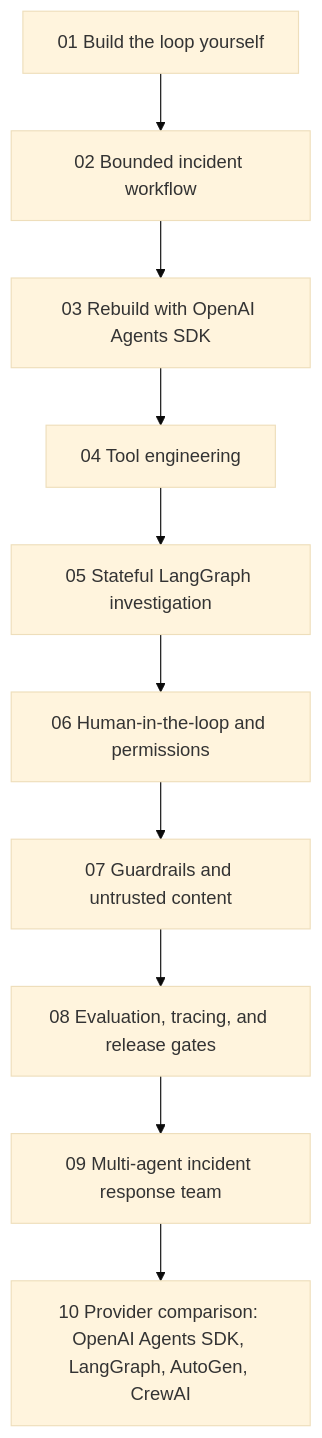
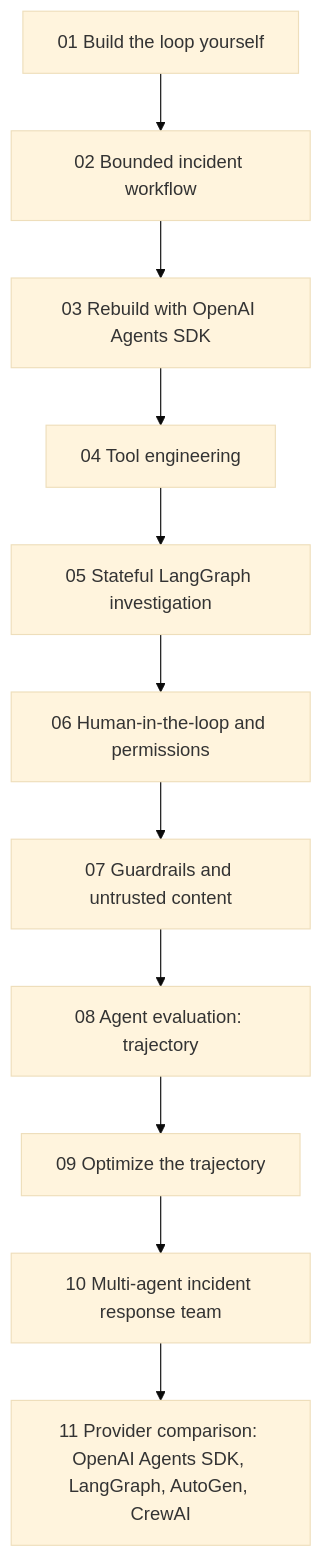
One commit to mahsa-teimourikia/awesome-ai-agents changed the diagram in docs/agentops-lab.md. Above: the diagram before and after it, drawn with Mermaid (base theme). The commit also changed other lines of this file and 9 other files, not shown here.

Commit message:
Add AgentOps evaluation optimization notebooks

````diff
--- a/docs/agentops-lab.md
+++ b/docs/agentops-lab.md
@@ -36,12 +38,13 @@
 ```mermaid
 flowchart TD
     N1["01 Build the loop yourself"] --> N2["02 Bounded incident workflow"]
     N2 --> N3["03 Rebuild with OpenAI Agents SDK"]
     N3 --> N4["04 Tool engineering"]
     N4 --> N5["05 Stateful LangGraph investigation"]
     N5 --> N6["06 Human-in-the-loop and permissions"]
     N6 --> N7["07 Guardrails and untrusted content"]
-    N7 --> N8["08 Evaluation, tracing, and release gates"]
-    N8 --> N9["09 Multi-agent incident response team"]
-    N9 --> N10["10 Provider comparison: OpenAI Agents SDK, LangGraph, AutoGen, CrewAI"]
+    N7 --> N8["08 Agent evaluation: trajectory"]
+    N8 --> N9["09 Optimize the trajectory"]
+    N9 --> N10["10 Multi-agent incident response team"]
+    N10 --> N11["11 Provider comparison: OpenAI Agents SDK, LangGraph, AutoGen, CrewAI"]
 ```
````
